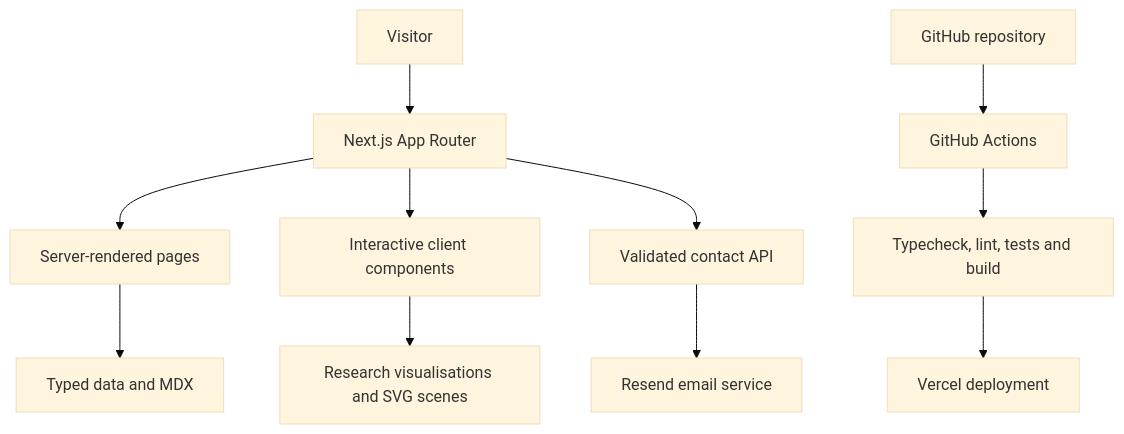
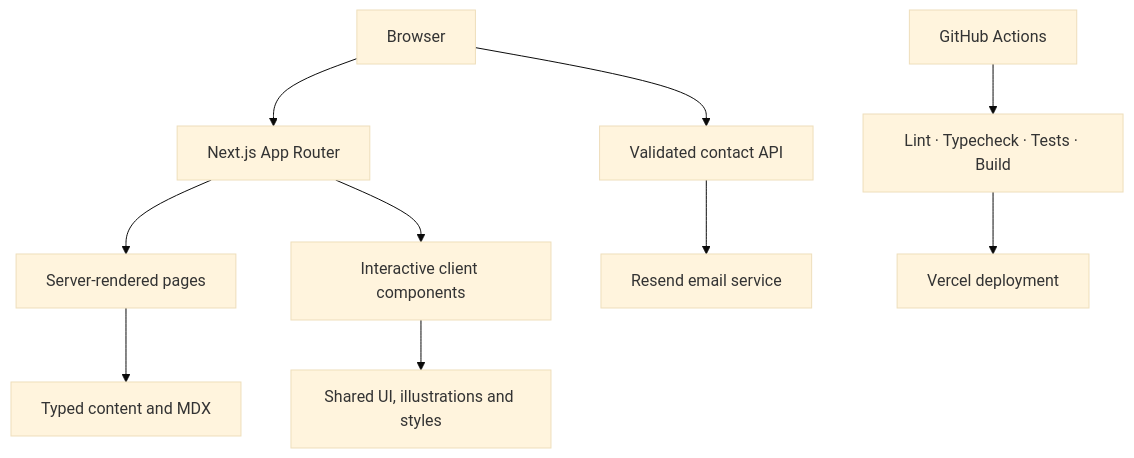
Before and after one commit to Supriyo016/DeveloperBro-Academic-Portfolio: the diagram in README.md, drawn with Mermaid (base theme). The commit also changed other lines of this file, not shown here.

````diff
--- a/README.md
+++ b/README.md
@@ -139,13 +116,23 @@
 ```mermaid
-flowchart TD
-    Visitor --> Next[Next.js App Router]
-    Next --> Pages[Server-rendered pages]
-    Next --> Interactive[Interactive client components]
-    Pages --> Content[Typed data and MDX]
-    Interactive --> Visuals[Research visualisations and SVG scenes]
-    Next --> Contact[Validated contact API]
-    Contact --> Mail[Resend email service]
-    Repo[GitHub repository] --> CI[GitHub Actions]
-    CI --> Quality[Typecheck, lint, tests and build]
-    Quality --> Deploy[Vercel deployment]
+flowchart TB
+    Browser["Browser"]
+    Next["Next.js App Router"]
+    Server["Server-rendered pages"]
+    Client["Interactive client components"]
+    Content["Typed content and MDX"]
+    UI["Shared UI, illustrations and styles"]
+    API["Validated contact API"]
+    Mail["Resend email service"]
+    CI["GitHub Actions"]
+    Checks["Lint · Typecheck · Tests · Build"]
+    Deploy["Vercel deployment"]
+
+    Browser --> Next
+    Next --> Server
+    Next --> Client
+    Server --> Content
+    Client --> UI
+    Browser --> API
+    API --> Mail
+    CI --> Checks --> Deploy
 ```
````
